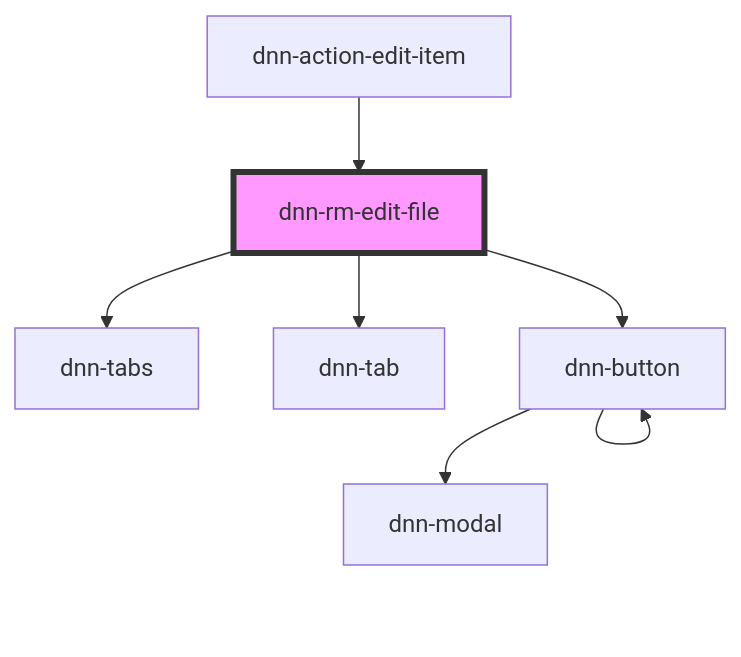
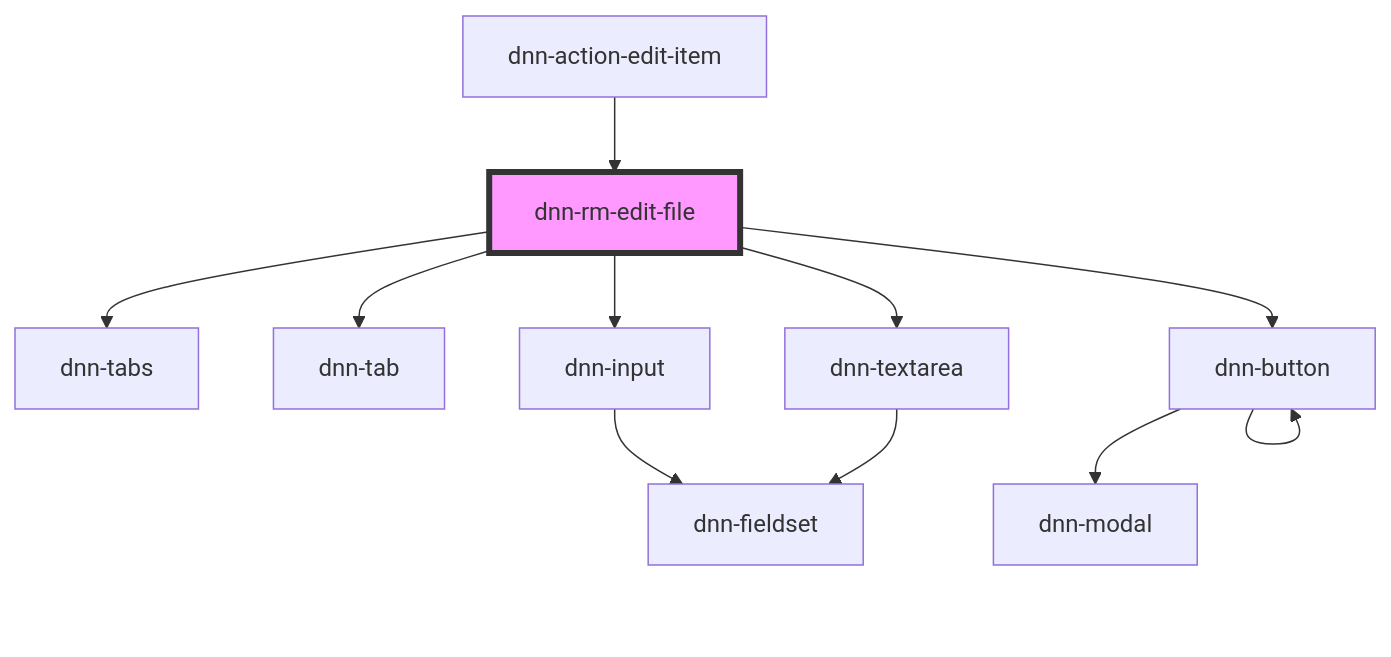
The diagram in DNN Platform/Modules/ResourceManager/ResourceManager.Web/src/components/dnn-rm-edit-file/readme.md (dnnsoftware/Dnn.Platform), drawn with Mermaid before and after one commit. The commit also changed other lines of this file and 44 other files, not shown here.

````diff
--- a/DNN Platform/Modules/ResourceManager/ResourceManager.Web/src/components/dnn-rm-edit-file/readme.md
+++ b/DNN Platform/Modules/ResourceManager/ResourceManager.Web/src/components/dnn-rm-edit-file/readme.md
@@ -35,10 +37,14 @@
 ```mermaid
 graph TD;
   dnn-rm-edit-file --> dnn-tabs
   dnn-rm-edit-file --> dnn-tab
+  dnn-rm-edit-file --> dnn-input
+  dnn-rm-edit-file --> dnn-textarea
   dnn-rm-edit-file --> dnn-button
+  dnn-input --> dnn-fieldset
+  dnn-textarea --> dnn-fieldset
   dnn-button --> dnn-modal
   dnn-button --> dnn-button
   dnn-action-edit-item --> dnn-rm-edit-file
   style dnn-rm-edit-file fill:#f9f,stroke:#333,stroke-width:4px
 ```
````
